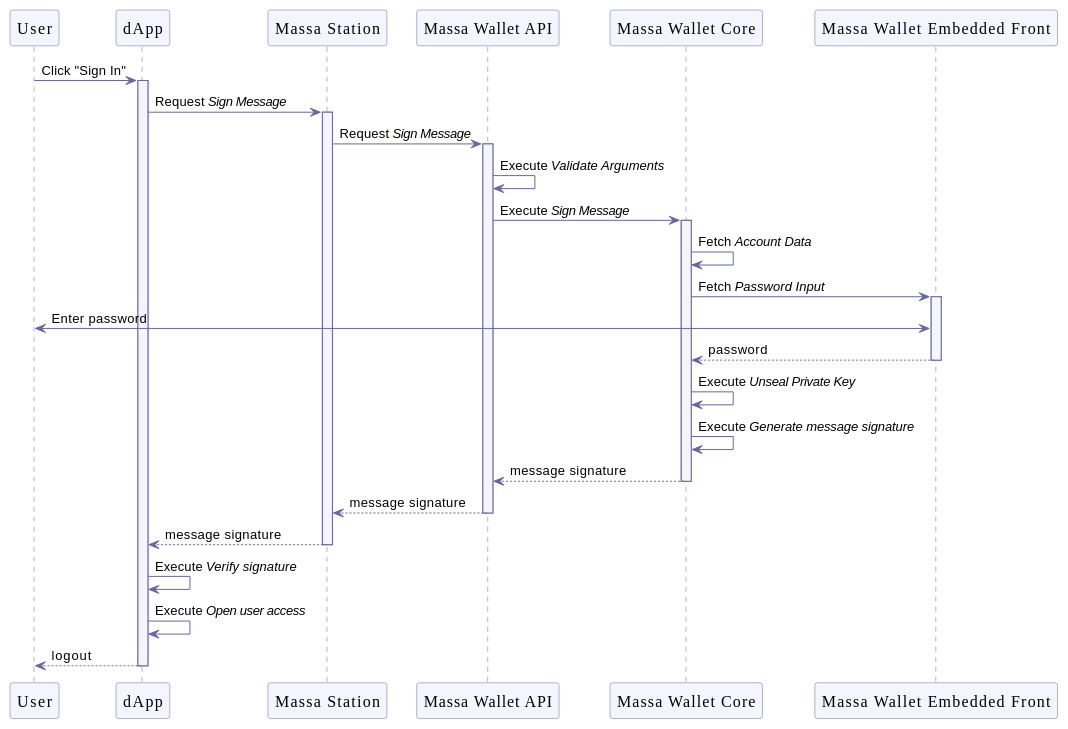
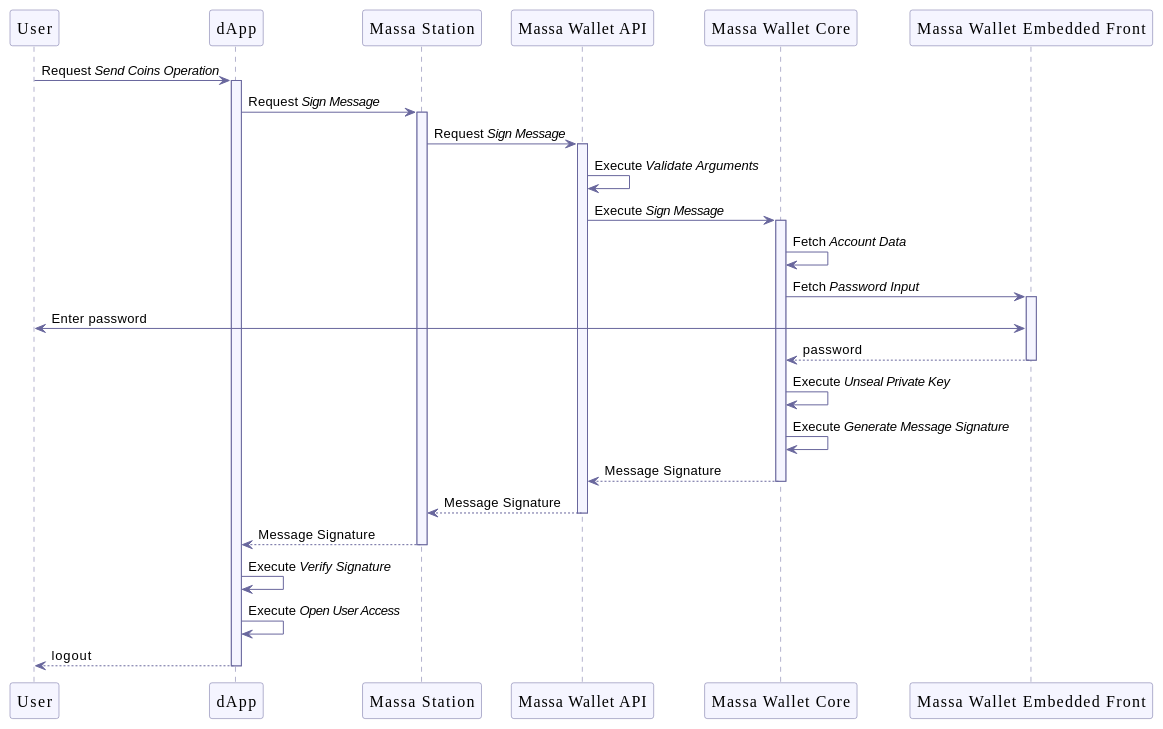
One commit to massalabs/station-massa-wallet changed the third of 9 diagrams in documentation/wallet.adoc. Above: the diagram before and after it, drawn with PlantUML. The commit also changed other lines of this file, not shown here.

Commit message:
simplify sequence diagram and add function

```diff
--- a/documentation/wallet.adoc
+++ b/documentation/wallet.adoc
@@ -278,44 +278,44 @@
 [plantuml, format="svg", id="sign-message", width="100%", role="center-image", options="interactive"]
 ----
 @startuml
 
 skinparam FontName Poppins
 
 skinparam sequence {
     ArrowColor #69679D
     LifeLineBorderColor #69679D
     LifeLineBackgroundColor #F5F5FF
 
     ParticipantBorderColor #69679D
     ParticipantBackgroundColor #F5F5FF
     ParticipantFontName Poppins
     ParticipantFontSize 16
     ParticipantFontColor #000000
 }
 
 participant "User" as user
 participant "dApp" as dapp
 participant "Massa Station" as station
 participant "Massa Wallet API" as wallet_api
 participant "Massa Wallet Core" as wallet_core
 participant "Massa Wallet Embedded Front" as wallet_embedded_front
 
-user -> dapp ++ : Click "Sign In"
+user -> dapp ++ : Request //Send Coins Operation//
     dapp -> station ++: Request //Sign Message//
         station -> wallet_api ++: Request //Sign Message//
         wallet_api -> wallet_api: Execute //Validate Arguments//
             wallet_api -> wallet_core ++: Execute //Sign Message//
             wallet_core -> wallet_core: Fetch //Account Data//
                 wallet_core -> wallet_embedded_front ++: Fetch //Password Input//
                 wallet_embedded_front <-> user: Enter password
                 return password
             wallet_core -> wallet_core: Execute //Unseal Private Key//
-            wallet_core -> wallet_core: Execute //Generate message signature//
-            return message signature
-        return message signature
-    return message signature
-dapp -> dapp: Execute //Verify signature//
-dapp -> dapp: Execute //Open user access//
+            wallet_core -> wallet_core: Execute //Generate Message Signature//
+            return Message Signature
+        return Message Signature
+    return Message Signature
+dapp -> dapp: Execute //Verify Signature//
+dapp -> dapp: Execute //Open User Access//
 return logout
 @enduml
 ----
```
